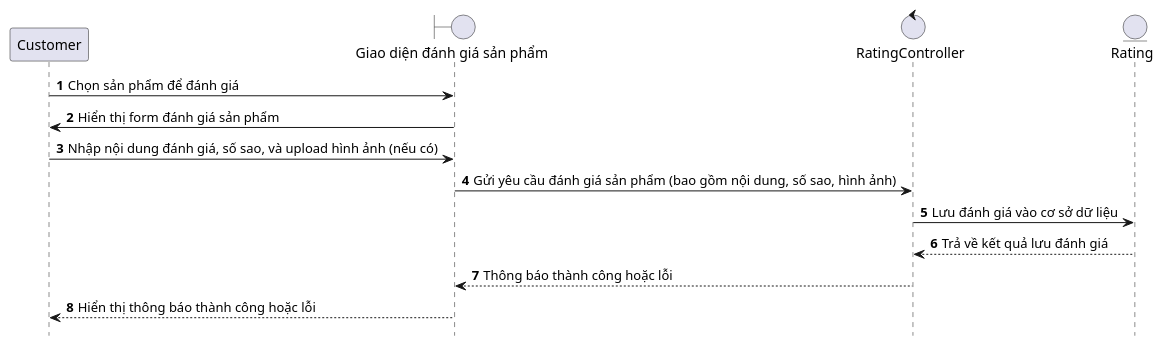
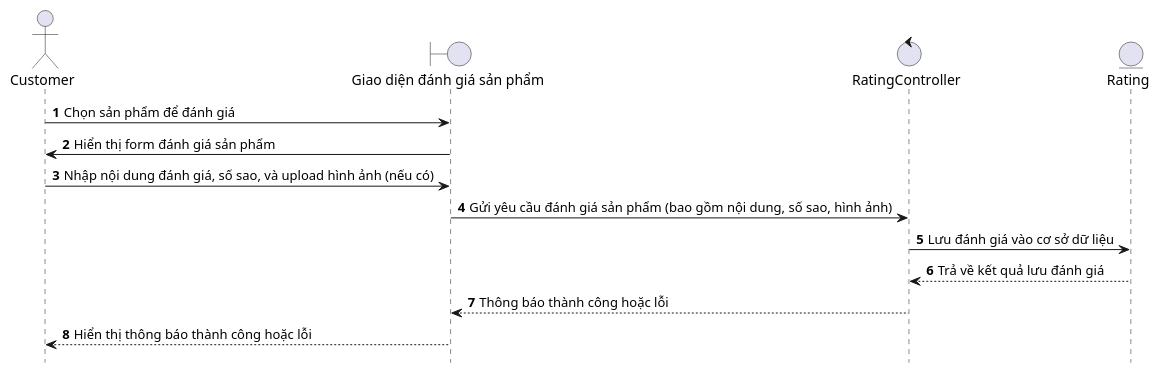
One commit to tuandev1l/e-commerce-code changed the diagram in client/uml/sequence/rating.wsd. Above: the diagram before and after it, drawn with PlantUML. The commit also changed 391 other files, not shown here.

```diff
--- a/client/uml/sequence/rating.wsd
+++ b/client/uml/sequence/rating.wsd
@@ -1,19 +1,19 @@
 @startuml ProductRating
 
 hide footbox
 autonumber
-participant Customer as customer
+actor Customer as customer
 boundary "Giao diện đánh giá sản phẩm" as ratingUI
 control "RatingController" as ratingController
 entity "Rating" as ratingEntity
 
 customer -> ratingUI: Chọn sản phẩm để đánh giá
 ratingUI -> customer: Hiển thị form đánh giá sản phẩm
 customer -> ratingUI: Nhập nội dung đánh giá, số sao, và upload hình ảnh (nếu có)
 ratingUI -> ratingController: Gửi yêu cầu đánh giá sản phẩm (bao gồm nội dung, số sao, hình ảnh)
 ratingController -> ratingEntity: Lưu đánh giá vào cơ sở dữ liệu
 ratingEntity --> ratingController: Trả về kết quả lưu đánh giá
 ratingController --> ratingUI: Thông báo thành công hoặc lỗi
 ratingUI --> customer: Hiển thị thông báo thành công hoặc lỗi
 
 @enduml
```
